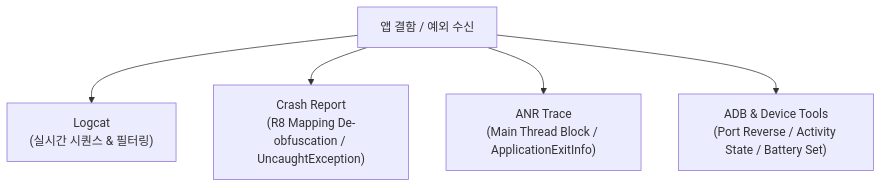
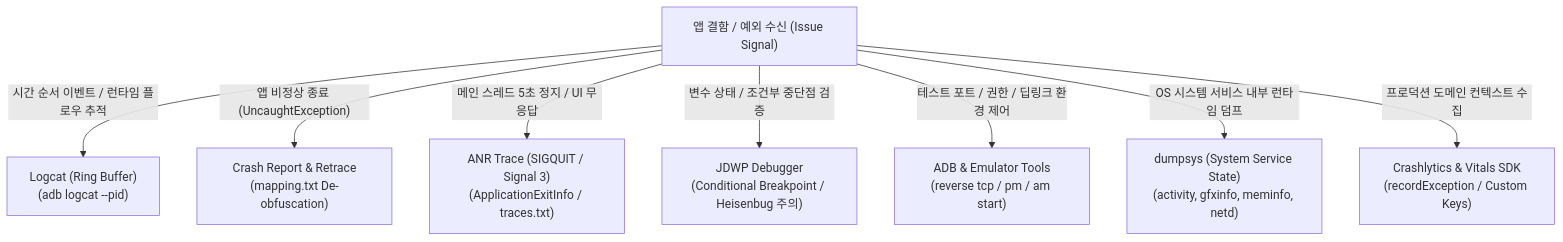
The diagram in 01_inbox/mobile/android/06_testing_performance/debugging/debugging.md (youngmin-gwon/what-i-studied), drawn with Mermaid before and after one commit. The commit also changed other lines of this file and 83 other files, not shown here.

````diff
--- a/01_inbox/mobile/android/06_testing_performance/debugging/debugging.md
+++ b/01_inbox/mobile/android/06_testing_performance/debugging/debugging.md
@@ -15,9 +17,12 @@
 ```mermaid
 flowchart TD
-    Issue["앱 결함 / 예외 수신"]
+    Issue["앱 결함 / 예외 수신 (Issue Signal)"]
     
-    Issue --> Logcat["Logcat<br/>(실시간 시퀀스 & 필터링)"]
-    Issue --> CrashTrace["Crash Report<br/>(R8 Mapping De-obfuscation / UncaughtException)"]
-    Issue --> ANRTrace["ANR Trace<br/>(Main Thread Block / ApplicationExitInfo)"]
-    Issue --> ADBTool["ADB & Device Tools<br/>(Port Reverse / Activity State / Battery Set)"]
+    Issue -->|"시간 순서 이벤트 / 런타임 플로우 추적"| Logcat["Logcat (Ring Buffer)<br/>(adb logcat --pid)"]
+    Issue -->|"앱 비정상 종료 (UncaughtException)"| CrashTrace["Crash Report & Retrace<br/>(mapping.txt De-obfuscation)"]
+    Issue -->|"메인 스레드 5초 정지 / UI 무응답"| ANRTrace["ANR Trace (SIGQUIT / Signal 3)<br/>(ApplicationExitInfo / traces.txt)"]
+    Issue -->|"변수 상태 / 조건부 중단점 검증"| Debugger["JDWP Debugger<br/>(Conditional Breakpoint / Heisenbug 주의)"]
+    Issue -->|"테스트 포트 / 권한 / 딥링크 환경 제어"| ADBTool["ADB & Emulator Tools<br/>(reverse tcp / pm / am start)"]
+    Issue -->|"OS 시스템 서비스 내부 런타임 덤프"| DumpsysTool["dumpsys (System Service State)<br/>(activity, gfxinfo, meminfo, netd)"]
+    Issue -->|"프로덕션 도메인 컨텍스트 수집"| Crashlytics["Crashlytics & Vitals SDK<br/>(recordException / Custom Keys)"]
 ```
````
